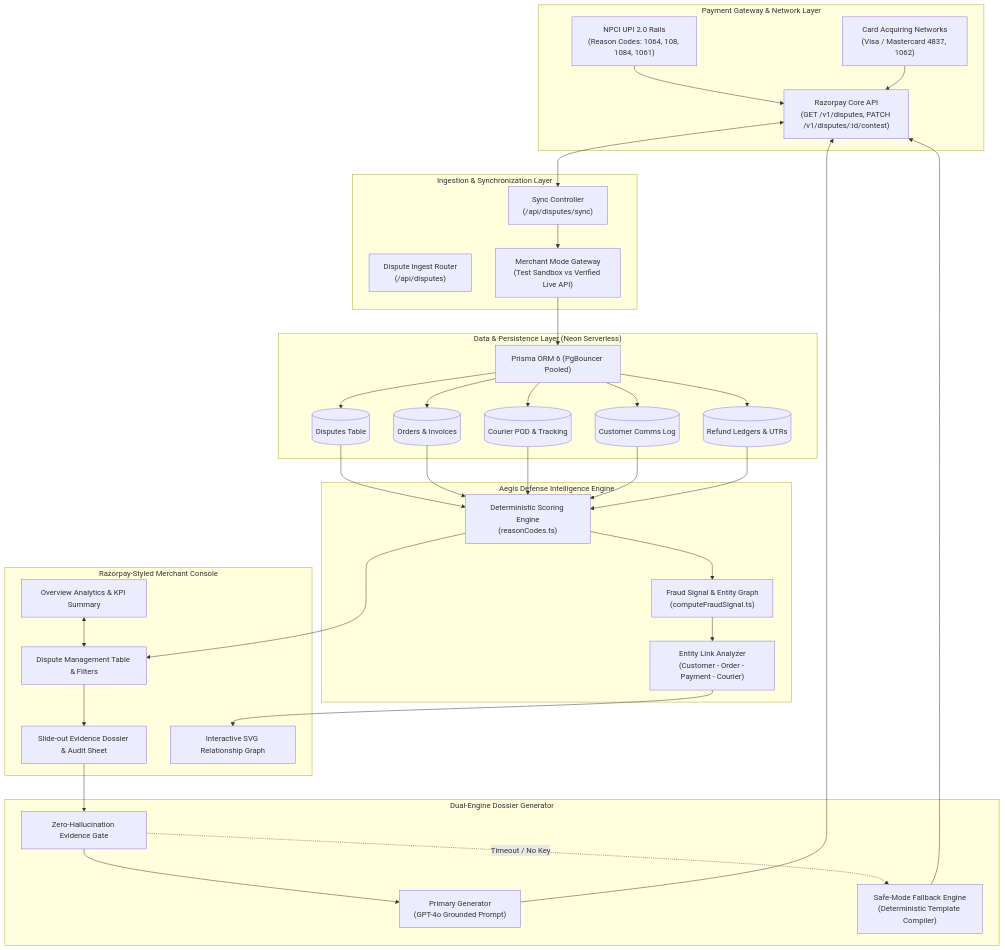
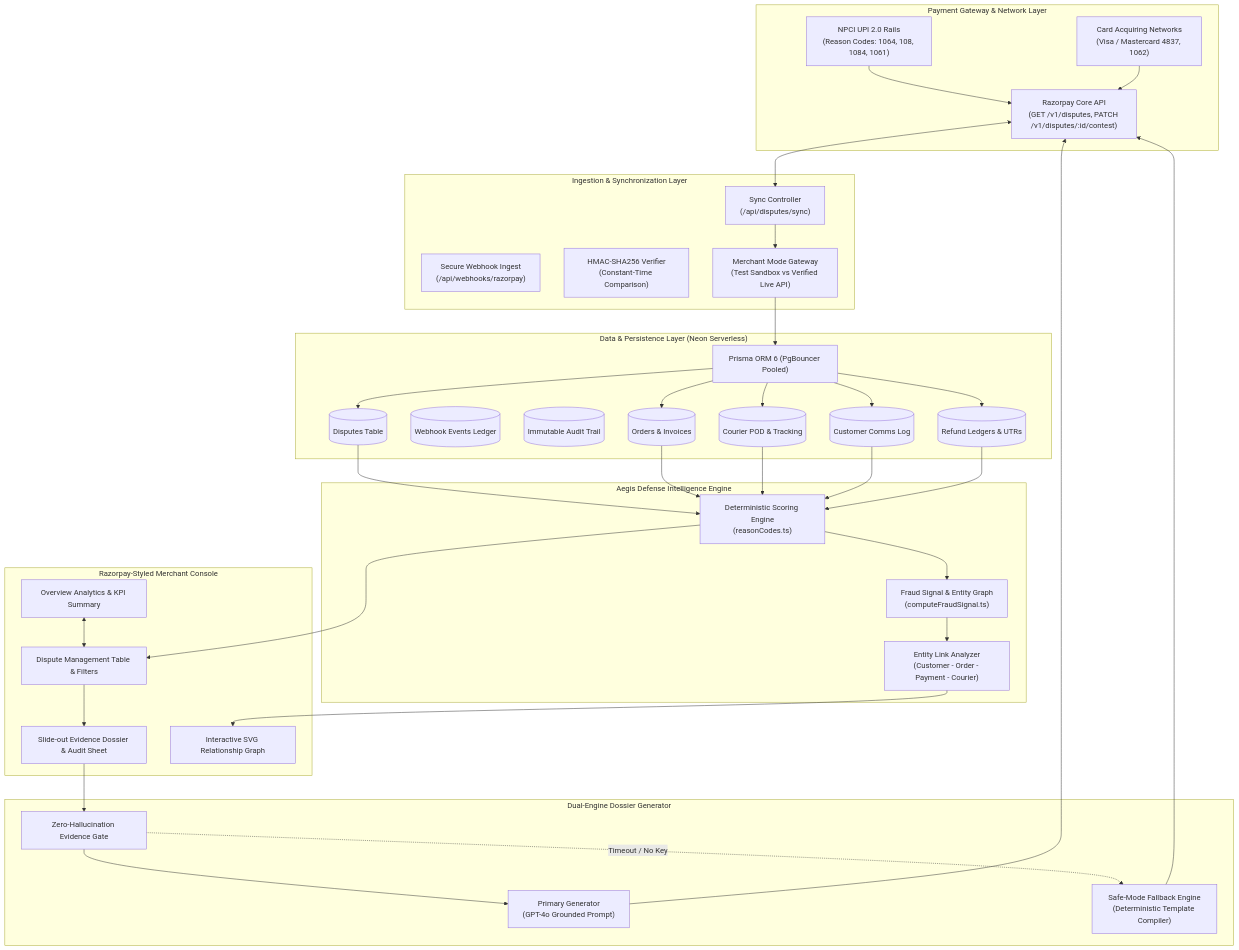
Before and after one commit to YashDoesCode/aegis.razorpay.com: the first of 3 diagrams in README.md, drawn with Mermaid. The commit also changed other lines of this file and 9 other files, not shown here.

Commit message:
docs(webhooks): document Razorpay webhook pipeline architecture and sequence flow

````diff
--- a/README.md
+++ b/README.md
@@ -115,76 +115,79 @@
 ```mermaid
 flowchart TB
     subgraph GatewayLayer ["Payment Gateway & Network Layer"]
         RZP_API["Razorpay Core API\n(GET /v1/disputes, PATCH /v1/disputes/:id/contest)"]
         NPCI["NPCI UPI 2.0 Rails\n(Reason Codes: 1064, 108, 1084, 1061)"]
         CARDS["Card Acquiring Networks\n(Visa / Mastercard 4837, 1062)"]
     end
 
     subgraph IngestionLayer ["Ingestion & Synchronization Layer"]
         SYNC_HANDLER["Sync Controller\n(/api/disputes/sync)"]
-        WEBHOOK_INGEST["Dispute Ingest Router\n(/api/disputes)"]
+        WEBHOOK_INGEST["Secure Webhook Ingest\n(/api/webhooks/razorpay)"]
+        SIGNATURE_VERIFIER["HMAC-SHA256 Verifier\n(Constant-Time Comparison)"]
         MODE_GATE["Merchant Mode Gateway\n(Test Sandbox vs Verified Live API)"]
     end
 
     subgraph DataStoreLayer ["Data & Persistence Layer (Neon Serverless)"]
         PRISMA["Prisma ORM 6 (PgBouncer Pooled)"]
         DB_DISPUTES[("Disputes Table")]
+        DB_WEBHOOKS[("Webhook Events Ledger")]
+        DB_AUDIT[("Immutable Audit Trail")]
         DB_ORDERS[("Orders & Invoices")]
         DB_DELIVERY[("Courier POD & Tracking")]
         DB_COMMS[("Customer Comms Log")]
         DB_REFUNDS[("Refund Ledgers & UTRs")]
     end
 
     subgraph IntelligenceLayer ["Aegis Defense Intelligence Engine"]
         RULE_ENGINE["Deterministic Scoring Engine\n(reasonCodes.ts)"]
         FRAUD_ENGINE["Fraud Signal & Entity Graph\n(computeFraudSignal.ts)"]
         GRAPH_BUILDER["Entity Link Analyzer\n(Customer - Order - Payment - Courier)"]
     end
 
     subgraph GenerationLayer ["Dual-Engine Dossier Generator"]
         LLM_GEN["Primary Generator\n(GPT-4o Grounded Prompt)"]
         SAFE_FALLBACK["Safe-Mode Fallback Engine\n(Deterministic Template Compiler)"]
         SAFETY_GATE["Zero-Hallucination Evidence Gate"]
     end
 
     subgraph PresentationLayer ["Razorpay-Styled Merchant Console"]
         OVERVIEW_PAGE["Overview Analytics & KPI Summary"]
         DISPUTE_CONSOLE["Dispute Management Table & Filters"]
         DETAIL_DRAWER["Slide-out Evidence Dossier & Audit Sheet"]
         GRAPH_CANVAS["Interactive SVG Relationship Graph"]
     end
 
     %% Flow Connections
     NPCI --> RZP_API
     CARDS --> RZP_API
     RZP_API <--> SYNC_HANDLER
     SYNC_HANDLER --> MODE_GATE
     MODE_GATE --> PRISMA
 
     PRISMA --> DB_DISPUTES
     PRISMA --> DB_ORDERS
     PRISMA --> DB_DELIVERY
     PRISMA --> DB_COMMS
     PRISMA --> DB_REFUNDS
 
     DB_DISPUTES --> RULE_ENGINE
     DB_ORDERS --> RULE_ENGINE
     DB_DELIVERY --> RULE_ENGINE
     DB_COMMS --> RULE_ENGINE
     DB_REFUNDS --> RULE_ENGINE
 
     RULE_ENGINE --> FRAUD_ENGINE
     FRAUD_ENGINE --> GRAPH_BUILDER
 
     RULE_ENGINE --> DISPUTE_CONSOLE
     GRAPH_BUILDER --> GRAPH_CANVAS
 
     DISPUTE_CONSOLE --> DETAIL_DRAWER
     DETAIL_DRAWER --> SAFETY_GATE
     SAFETY_GATE --> LLM_GEN
     SAFETY_GATE -. Timeout / No Key .-> SAFE_FALLBACK
 
     LLM_GEN --> RZP_API
     SAFE_FALLBACK --> RZP_API
     OVERVIEW_PAGE <--> DISPUTE_CONSOLE
 ```
````
